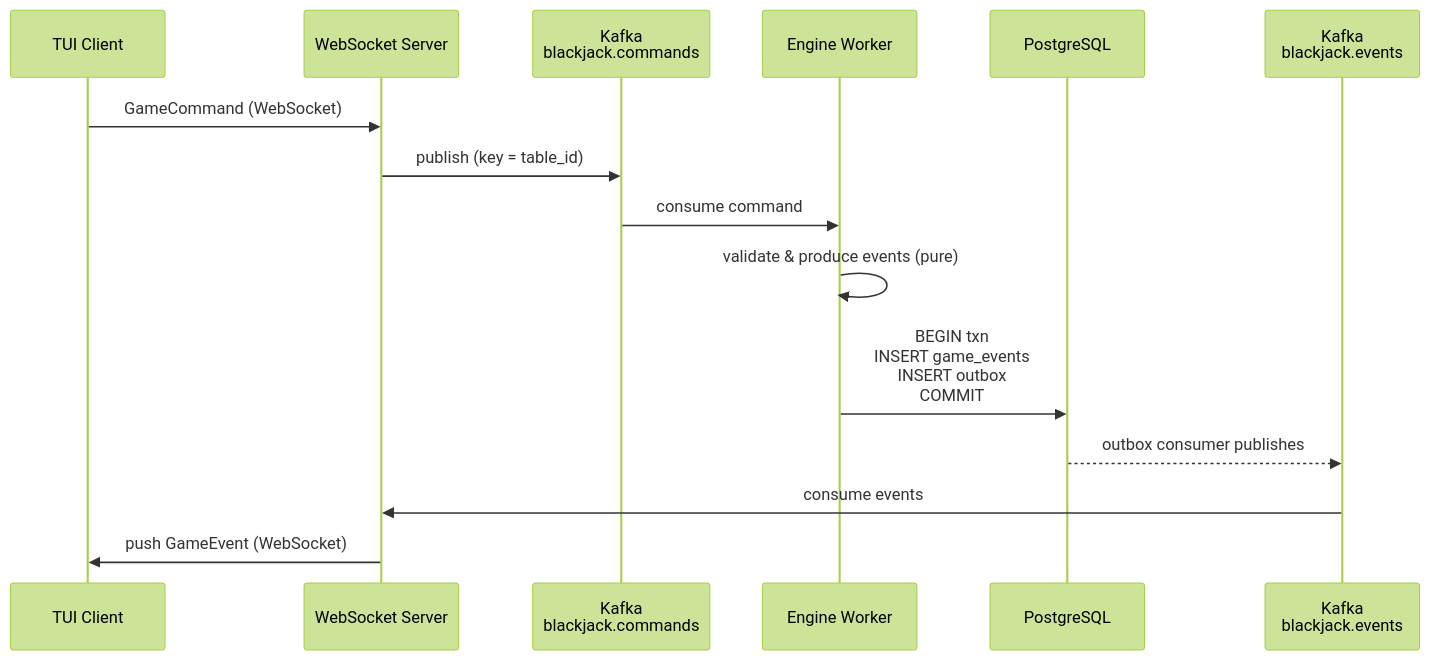
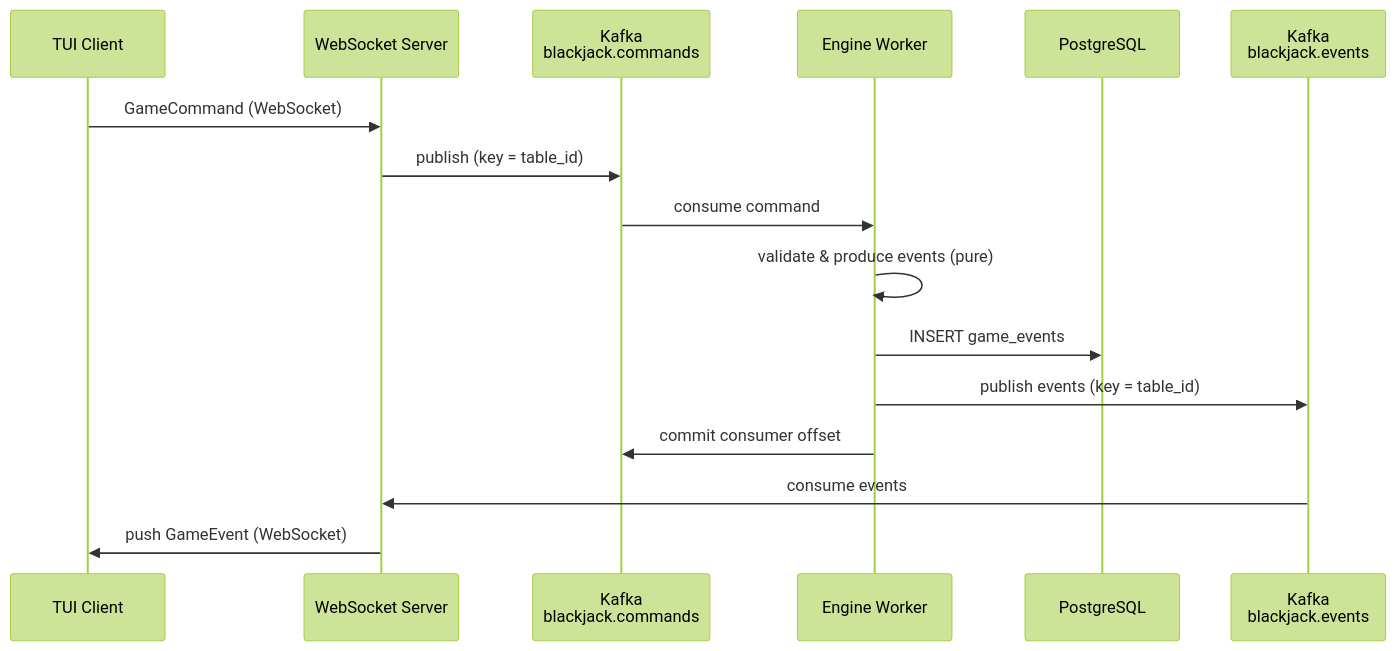
The diagram in adr/0001-system-architecture.md (skharchikov/blackjack), drawn with Mermaid (forest theme) before and after one commit. The commit also changed other lines of this file, not shown here.

First line of the commit message:
ADR-0001: drop outbox pattern, use Kafka consumer offset for reliability

````diff
--- a/adr/0001-system-architecture.md
+++ b/adr/0001-system-architecture.md
@@ -52,18 +52,19 @@
 ```mermaid
 sequenceDiagram
     participant C as TUI Client
     participant WS as WebSocket Server
     participant KC as Kafka<br/>blackjack.commands
     participant E as Engine Worker
     participant PG as PostgreSQL
     participant KE as Kafka<br/>blackjack.events
 
     C->>WS: GameCommand (WebSocket)
     WS->>KC: publish (key = table_id)
     KC->>E: consume command
     E->>E: validate & produce events (pure)
-    E->>PG: BEGIN txn<br/>INSERT game_events<br/>INSERT outbox<br/>COMMIT
-    PG-->>KE: outbox consumer publishes
+    E->>PG: INSERT game_events
+    E->>KE: publish events (key = table_id)
+    E->>KC: commit consumer offset
     KE->>WS: consume events
     WS->>C: push GameEvent (WebSocket)
 ```
````
